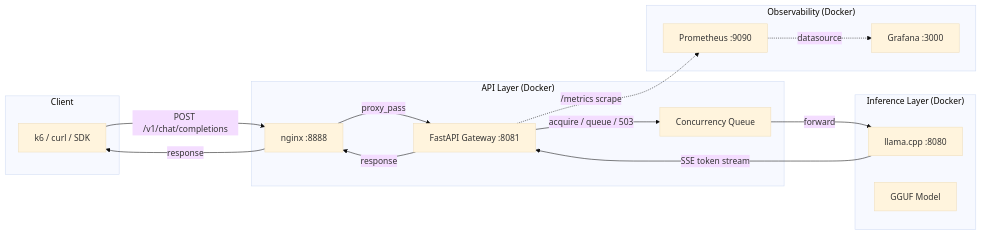
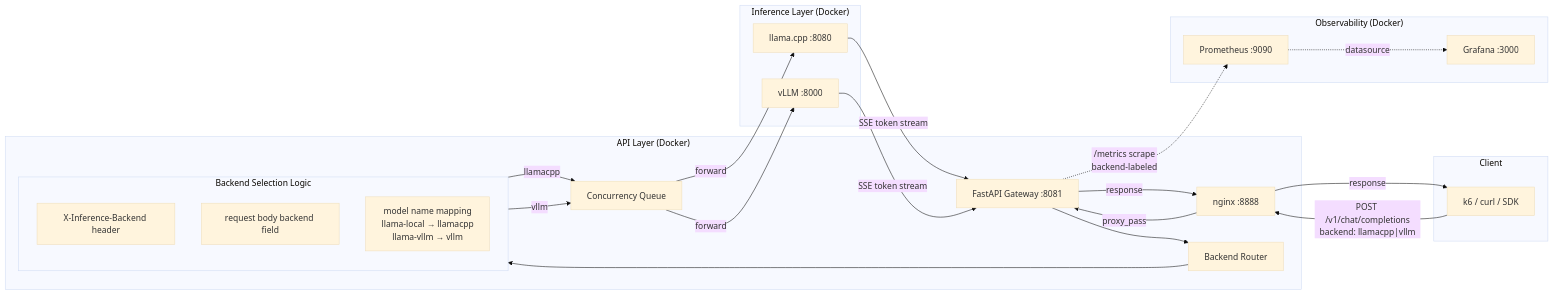
Before and after one commit to saumitra91/ai-inference-gateway-platform: the first of 2 diagrams in README.md, drawn with Mermaid (base theme). The commit also changed other lines of this file and 19 other files, not shown here.

````diff
--- a/README.md
+++ b/README.md
@@ -66,30 +82,42 @@
 ```mermaid
 flowchart LR
     subgraph Client
         K6[k6 / curl / SDK]
     end
     subgraph API["API Layer (Docker)"]
         NX["nginx :8888"]
         GW["FastAPI Gateway :8081"]
         CQ["Concurrency Queue"]
+        BR["Backend Router"]
+
+        subgraph Select["Backend Selection Logic"]
+            HDR["X-Inference-Backend header"]
+            BODY["request body backend field"]
+            MAP["model name mapping\nllama-local → llamacpp\nllama-vllm → vllm"]
+        end
     end
     subgraph Inference["Inference Layer (Docker)"]
         LC["llama.cpp :8080"]
-        GGUF["GGUF Model"]
+        VL["vLLM :8000"]
     end
     subgraph Obs["Observability (Docker)"]
         PM["Prometheus :9090"]
         GR["Grafana :3000"]
     end
 
-    K6 -->|"POST /v1/chat/completions"| NX
+    K6 -->|"POST /v1/chat/completions\nbackend: llamacpp|vllm"| NX
     NX -->|"proxy_pass"| GW
-    GW -->|"acquire / queue / 503"| CQ
+    GW --> BR
+    BR --> Select
+    Select -->|"llamacpp"| CQ
+    Select -->|"vllm"| CQ
     CQ -->|"forward"| LC
+    CQ -->|"forward"| VL
     LC -->|"SSE token stream"| GW
+    VL -->|"SSE token stream"| GW
     GW -->|"response"| NX
     NX -->|"response"| K6
 
-    GW -.->|"/metrics scrape"| PM
+    GW -.->|"/metrics scrape\nbackend-labeled"| PM
     PM -.->|"datasource"| GR
 ```
````
